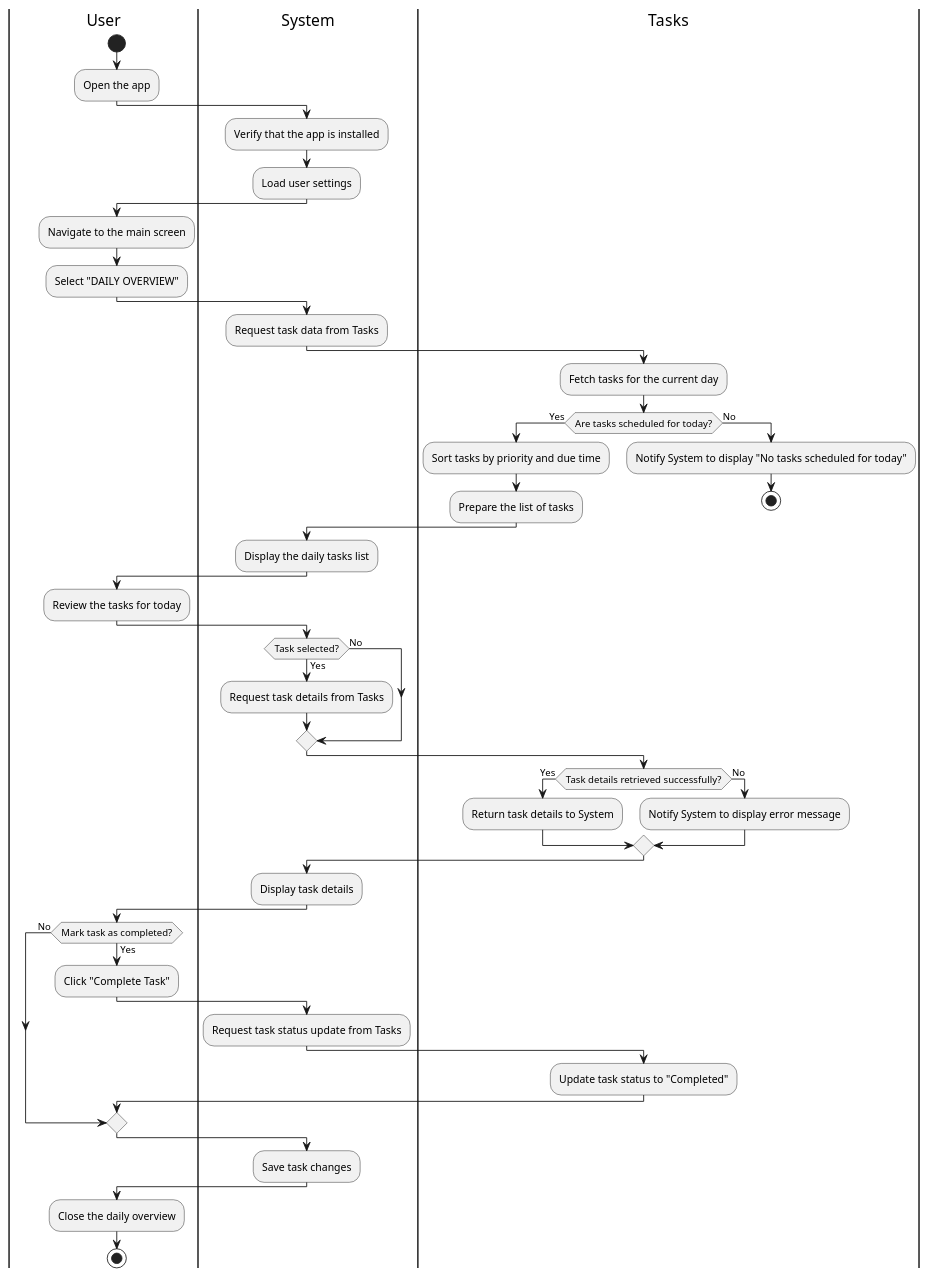
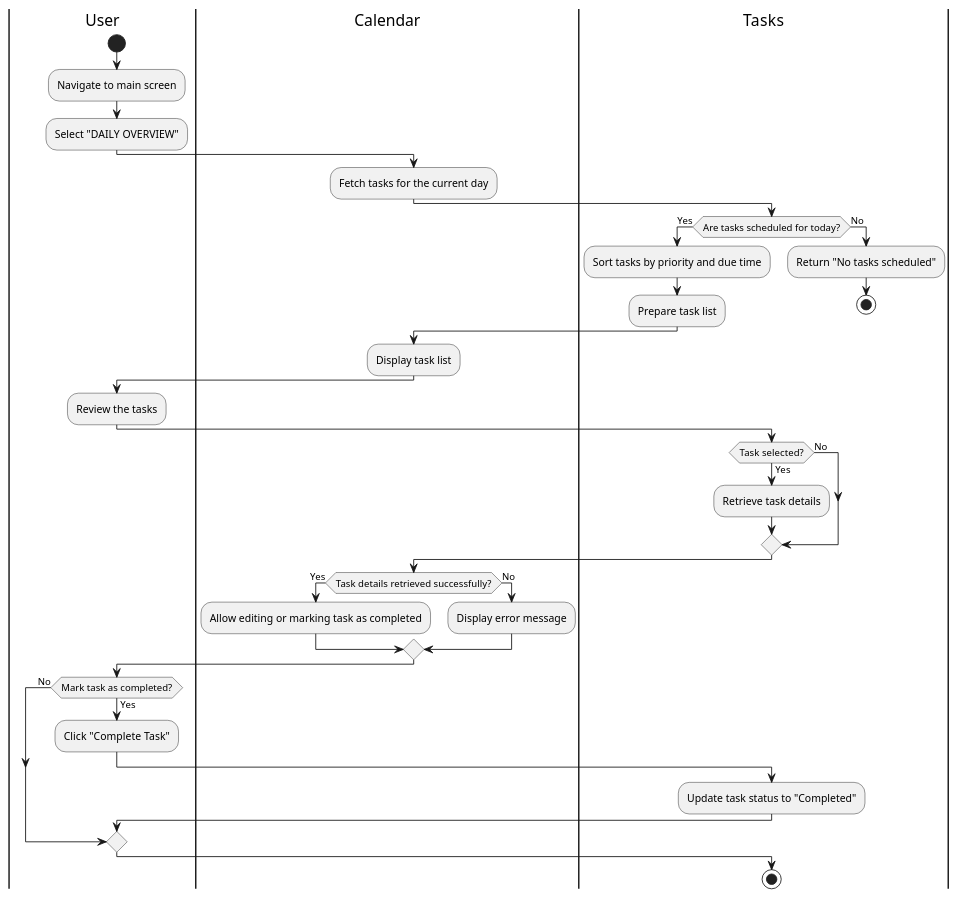
The diagram in assignment7/daily-overview.puml (CS361-2024Fall-Term/Innovators), drawn with PlantUML before and after one commit. The commit also changed 1 other file, not shown here.

```diff
--- a/assignment7/daily-overview.puml
+++ b/assignment7/daily-overview.puml
@@ -1,68 +1,48 @@
 @startuml Daily_Overview
 |User|
 start
-:Open the app;
-
-|System|
-:Verify that the app is installed;
-:Load user settings;
-
-|User|
-:Navigate to the main screen;
+:Navigate to main screen;
 :Select "DAILY OVERVIEW";
 
-|System|
-:Request task data from Tasks;
+|Calendar|
+:Fetch tasks for the current day;
 
 |Tasks|
-:Fetch tasks for the current day;
 if (Are tasks scheduled for today?) then (Yes)
   :Sort tasks by priority and due time;
-  :Prepare the list of tasks;
+  :Prepare task list;
 else (No)
-  :Notify System to display "No tasks scheduled for today";
+  :Return "No tasks scheduled";
   stop
 endif
 
-|System|
-:Display the daily tasks list;
+|Calendar|
+:Display task list;
 
 |User|
-:Review the tasks for today;
+:Review the tasks;
 
-|System|
+|Tasks|
 if (Task selected?) then (Yes)
-  :Request task details from Tasks;
+  :Retrieve task details;
 else (No)
 endif
 
-|Tasks|
+|Calendar|
 if (Task details retrieved successfully?) then (Yes)
-  :Return task details to System;
+  :Allow editing or marking task as completed;
 else (No)
-  :Notify System to display error message;
+  :Display error message;
 endif
-
-|System|
-:Display task details;
 
 |User|
 if (Mark task as completed?) then (Yes)
   :Click "Complete Task";
-
-  |System|
-  :Request task status update from Tasks;
 
   |Tasks|
   :Update task status to "Completed";
 else (No)
 endif
 
-|System|
-:Save task changes;
-
-|User|
-:Close the daily overview;
-
 stop
 @enduml
```
